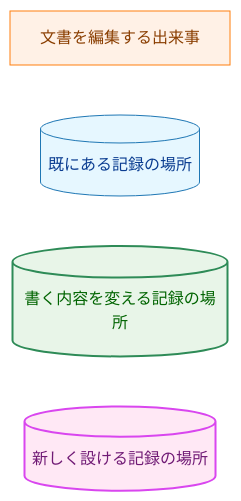
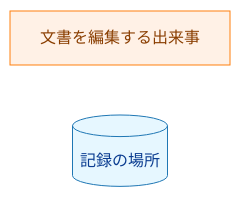
One commit to isseis/yt2column changed the second of 11 diagrams in docs/tasks/0053_status_comments_policy/02_architecture.md. Above: the diagram before and after it, drawn with Mermaid (neutral theme). The commit also changed other lines of this file, not shown here.

````diff
--- a/docs/tasks/0053_status_comments_policy/02_architecture.md
+++ b/docs/tasks/0053_status_comments_policy/02_architecture.md
@@ -65,17 +62,11 @@
 ```mermaid
 flowchart LR
     classDef data fill:#e6f7ff,stroke:#1f77b4,stroke-width:1px,color:#0b3d91;
     classDef process fill:#fff1e6,stroke:#ff7f0e,stroke-width:1px,color:#8a3e00;
-    classDef enhanced fill:#e8f5e8,stroke:#2e8b57,stroke-width:2px,color:#006400;
-    classDef newpkg fill:#ffe8f5,stroke:#d946ef,stroke-width:2px,color:#701a75;
 
     L1["文書を編集する出来事"]
-    L2[("既にある記録の場所")]
-    L3[("書く内容を変える記録の場所")]
-    L4[("新しく設ける記録の場所")]
+    L2[("記録の場所")]
 
     class L1 process
     class L2 data
-    class L3 enhanced
-    class L4 newpkg
 ```
````
